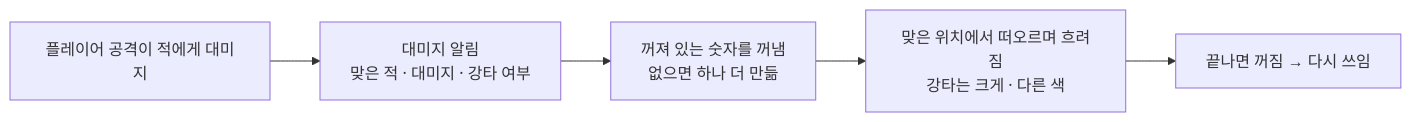
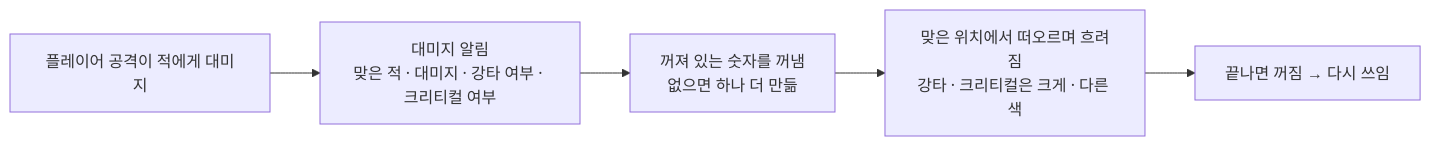
Before and after one commit to SquashPrince/Develrocket_mp15_HHH: the fifth of 6 diagrams in Docs/Technical/UI/BattleHud.md, drawn with Mermaid. The commit also changed other lines of this file and 48 other files, not shown here.

````diff
--- a/Docs/Technical/UI/BattleHud.md
+++ b/Docs/Technical/UI/BattleHud.md
@@ -140,7 +140,7 @@
 ```mermaid
 flowchart LR
-    H["플레이어 공격이 적에게 대미지"] --> N["대미지 알림<br>맞은 적 · 대미지 · 강타 여부"]
+    H["플레이어 공격이 적에게 대미지"] --> N["대미지 알림<br>맞은 적 · 대미지 · 강타 여부 · 크리티컬 여부"]
     N --> P["꺼져 있는 숫자를 꺼냄<br>없으면 하나 더 만듦"]
-    P --> S["맞은 위치에서 떠오르며 흐려짐<br>강타는 크게 · 다른 색"]
+    P --> S["맞은 위치에서 떠오르며 흐려짐<br>강타 · 크리티컬은 크게 · 다른 색"]
     S --> E["끝나면 꺼짐 → 다시 쓰임"]
 ```
````
